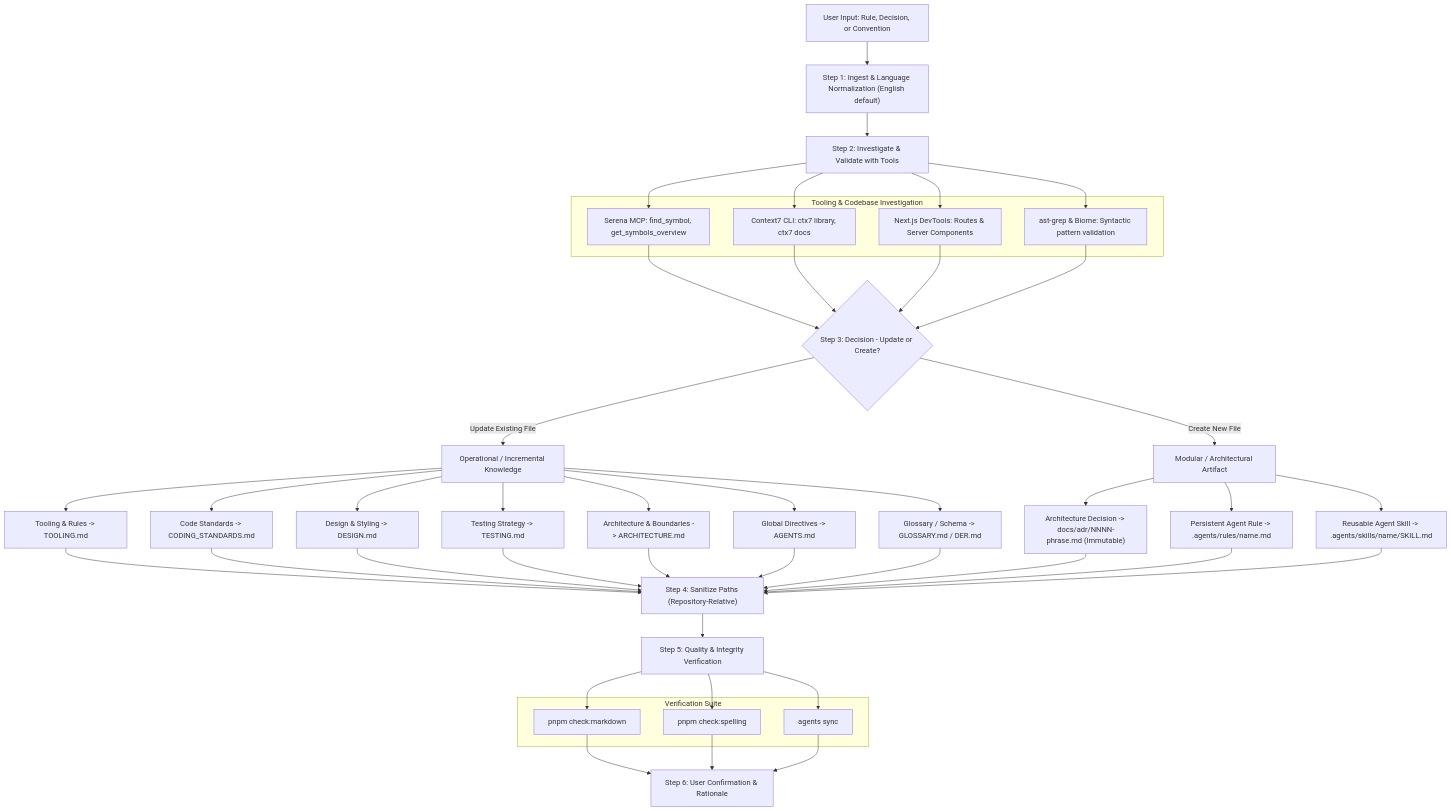
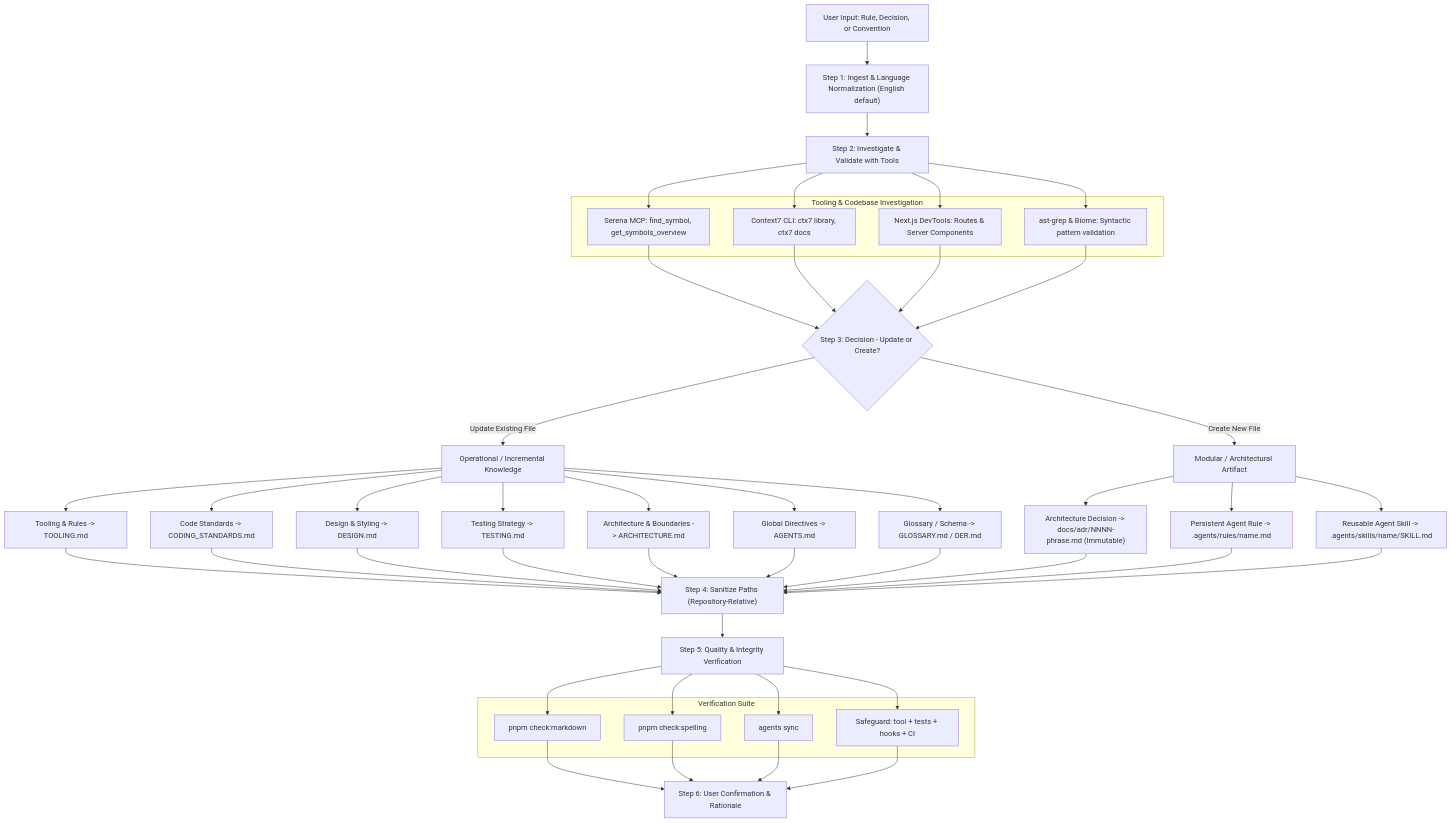
The diagram in .agents/skills/save/SKILL.md (ianmaciel7/shadcn-firebase-template), drawn with Mermaid before and after one commit. The commit also changed other lines of this file and 7 other files, not shown here.

````diff
--- a/.agents/skills/save/SKILL.md
+++ b/.agents/skills/save/SKILL.md
@@ -133,61 +181,64 @@
 ```mermaid
 flowchart TD
     A["User Input: Rule, Decision, or Convention"] --> B["Step 1: Ingest & Language Normalization (English default)"]
     B --> C["Step 2: Investigate & Validate with Tools"]
     
     subgraph ToolingInvestigation ["Tooling & Codebase Investigation"]
         C1["Serena MCP: find_symbol, get_symbols_overview"]
         C2["Context7 CLI: ctx7 library, ctx7 docs"]
         C3["Next.js DevTools: Routes & Server Components"]
         C4["ast-grep & Biome: Syntactic pattern validation"]
     end
 
     C --> C1
     C --> C2
     C --> C3
     C --> C4
 
     C1 --> D{"Step 3: Decision - Update or Create?"}
     C2 --> D
     C3 --> D
     C4 --> D
 
     D -- "Update Existing File" --> E["Operational / Incremental Knowledge"]
     E --> E1["Tooling & Rules -> TOOLING.md"]
     E --> E2["Code Standards -> CODING_STANDARDS.md"]
     E --> E3["Design & Styling -> DESIGN.md"]
     E --> E4["Testing Strategy -> TESTING.md"]
     E --> E5["Architecture & Boundaries -> ARCHITECTURE.md"]
     E --> E6["Global Directives -> AGENTS.md"]
     E --> E7["Glossary / Schema -> GLOSSARY.md / DER.md"]
 
     D -- "Create New File" --> F["Modular / Architectural Artifact"]
     F --> F1["Architecture Decision -> docs/adr/NNNN-phrase.md (Immutable)"]
     F --> F2["Persistent Agent Rule -> .agents/rules/name.md"]
     F --> F3["Reusable Agent Skill -> .agents/skills/name/SKILL.md"]
 
     E1 --> G["Step 4: Sanitize Paths (Repository-Relative)"]
     E2 --> G
     E3 --> G
     E4 --> G
     E5 --> G
     E6 --> G
     E7 --> G
     F1 --> G
     F2 --> G
     F3 --> G
 
     G --> H["Step 5: Quality & Integrity Verification"]
     subgraph VerificationSuite ["Verification Suite"]
         H1["pnpm check:markdown"]
         H2["pnpm check:spelling"]
         H3["agents sync"]
+        H4["Safeguard: tool + tests + hooks + CI"]
     end
     H --> H1
     H --> H2
     H --> H3
+    H --> H4
 
     H1 --> I["Step 6: User Confirmation & Rationale"]
     H2 --> I
     H3 --> I
+    H4 --> I
 ```
````
